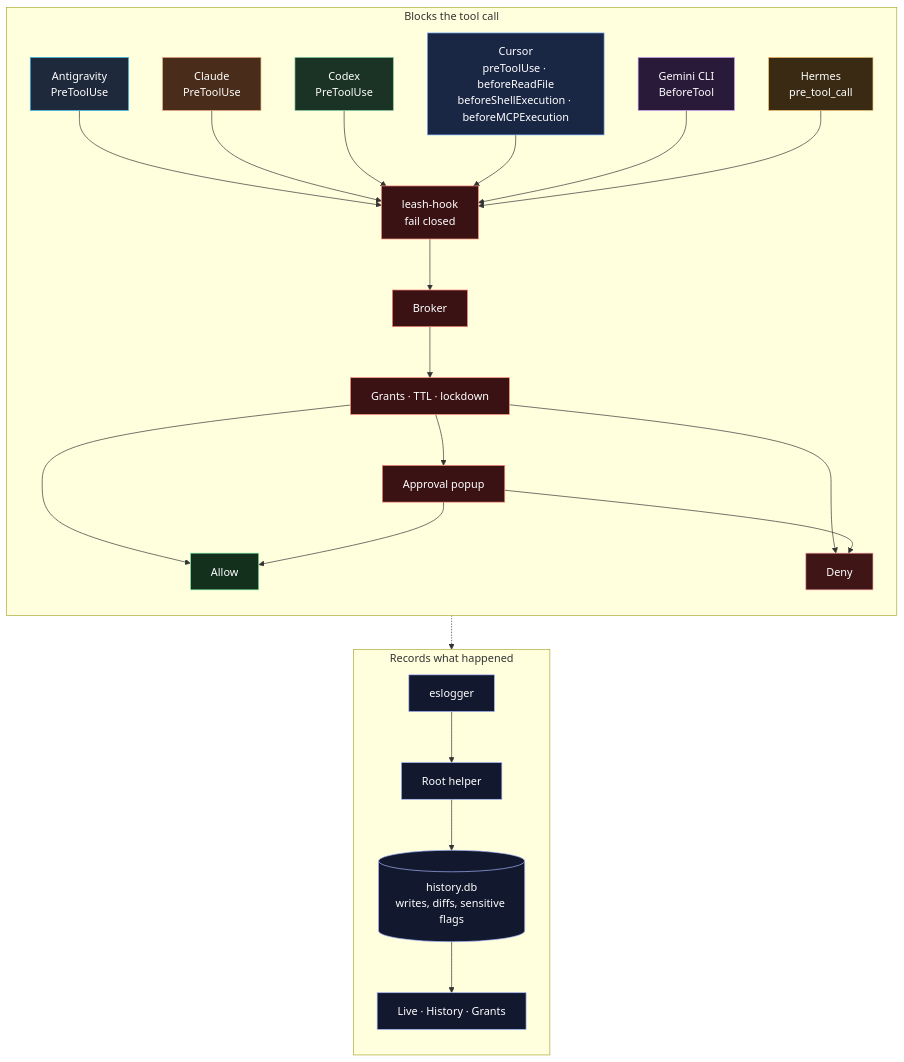
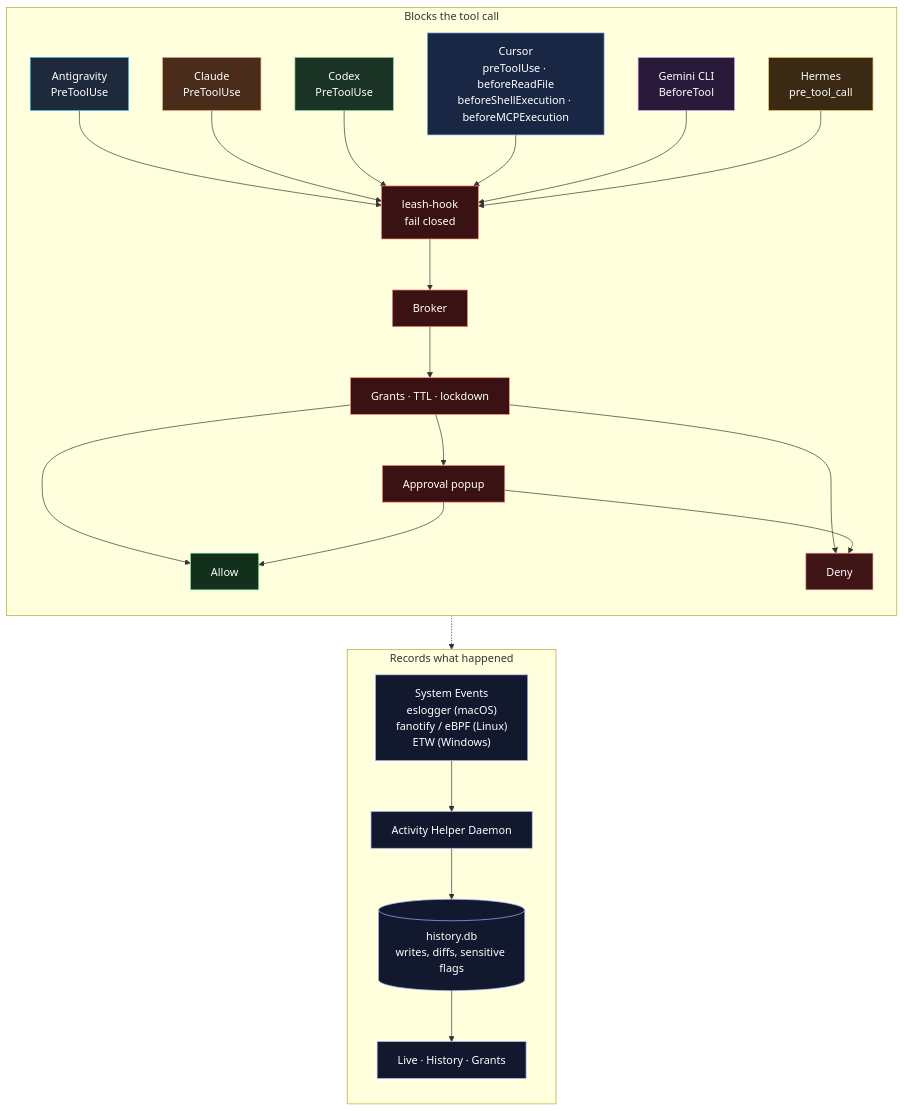
One commit to velusgautam/agentic-leash changed the diagram in README.md. Above: the diagram before and after it, drawn with Mermaid. The commit also changed other lines of this file and 1 other file, not shown here.

Commit message:
docs: update README and package description for macOS, Linux, and Windows support

````diff
--- a/README.md
+++ b/README.md
@@ -118,62 +118,62 @@
 ```mermaid
 flowchart TB
   subgraph gate ["Blocks the tool call"]
     direction TB
     antigravity["Antigravity<br>PreToolUse"]
     claude["Claude<br>PreToolUse"]
     codex["Codex<br>PreToolUse"]
     cursor["Cursor<br>preToolUse · beforeReadFile<br>beforeShellExecution · beforeMCPExecution"]
     gemini["Gemini CLI<br>BeforeTool"]
     hermes["Hermes<br>pre_tool_call"]
     hook["leash-hook<br>fail closed"]
     broker["Broker"]
     rules["Grants · TTL · lockdown"]
     popup["Approval popup"]
     allow["Allow"]
     deny["Deny"]
     antigravity --> hook
     claude --> hook
     codex --> hook
     cursor --> hook
     gemini --> hook
     hermes --> hook
     hook --> broker --> rules
     rules --> allow
     rules --> deny
     rules --> popup
     popup --> allow
     popup --> deny
   end
 
   subgraph record ["Records what happened"]
     direction TB
-    es["eslogger"]
-    helper["Root helper"]
+    es["System Events<br>eslogger (macOS)<br>fanotify / eBPF (Linux)<br>ETW (Windows)"]
+    helper["Activity Helper Daemon"]
     db[("history.db<br>writes, diffs, sensitive flags")]
     ui["Live · History · Grants"]
     es --> helper --> db --> ui
   end
 
   rules -.-> ui
 
   classDef antigravity fill:#1e293b,stroke:#38bdf8,color:#fff
   classDef claude fill:#4a2c1a,stroke:#e8a87c,color:#fff
   classDef cursor fill:#1a2744,stroke:#7eb6ff,color:#fff
   classDef codex fill:#1a3324,stroke:#7dcea0,color:#fff
   classDef gemini fill:#2a1a3a,stroke:#d7a3ff,color:#fff
   classDef hermes fill:#3a2a14,stroke:#f0c36a,color:#fff
   classDef core fill:#3a1214,stroke:#ff8a7a,color:#fff
   classDef ok fill:#12301c,stroke:#86efac,color:#fff
   classDef no fill:#3f1515,stroke:#fca5a5,color:#fff
   classDef watch fill:#12182e,stroke:#a5b4fc,color:#fff
   class antigravity antigravity
   class claude claude
   class cursor cursor
   class codex codex
   class gemini gemini
   class hermes hermes
   class hook,broker,rules,popup core
   class allow ok
   class deny no
   class es,helper,db,ui watch
 ```
````
